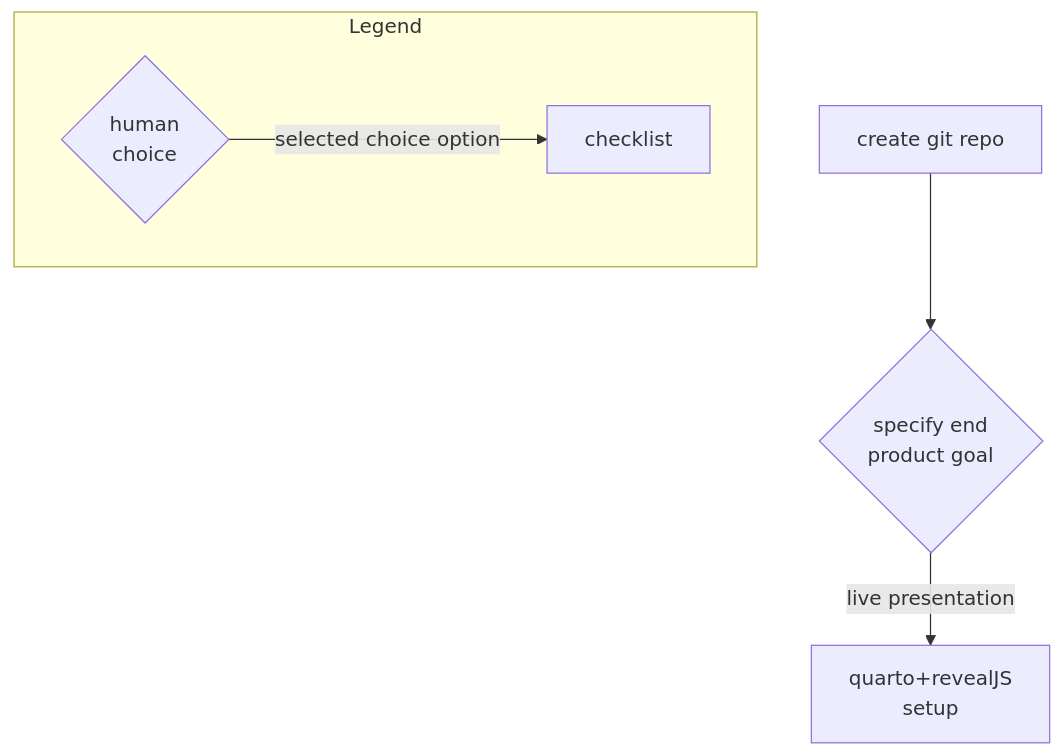
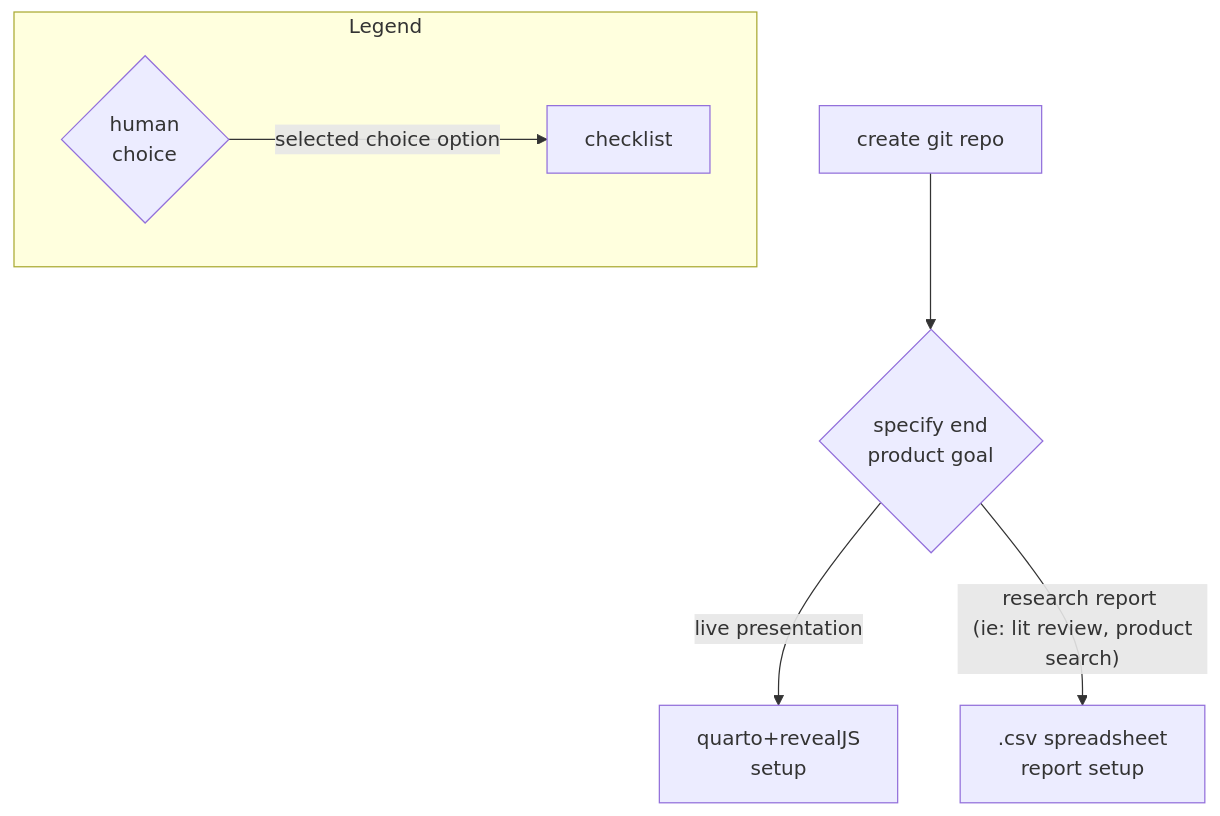
One commit to 7yl4r/cheatsheets changed the diagram in workflow/README.md. Above: the diagram before and after it, drawn with Mermaid.

Commit message:
+ research

````diff
--- a/workflow/README.md
+++ b/workflow/README.md
@@ -3,21 +3,24 @@
 ```mermaid
 graph TD
 
 %% === node definitions =====================================================
 init["create git repo"]
 projectType{"specify end \n product goal"}
 createPresentation["quarto+revealJS \n setup"]
-%% db[("cacheDB")]
+createSpreadsheet[".csv spreadsheet \n report setup"]
 
 %% === connections ==========================================================
 init -->
 projectType -- "live presentation" --> createPresentation
+projectType -- "research report \n (ie: lit review, product search)" --> createSpreadsheet
+
 
 %% === external links =======================================================
 click createPresentation "https://github.com/7yl4r/cheatsheets/blob/master/workflow/live_presentation.qmd"
+click createSpreadsheet "https://github.com/7yl4r/cheatsheets/blob/master/workflow/search_report.qmd"
 
 %% === legend ===============================================================
 subgraph Legend
     example{"human \n choice"} -- "selected choice option" --> B["checklist"]
 end
 ```
````
